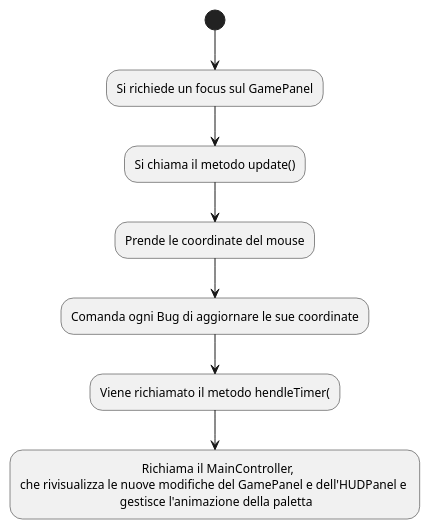
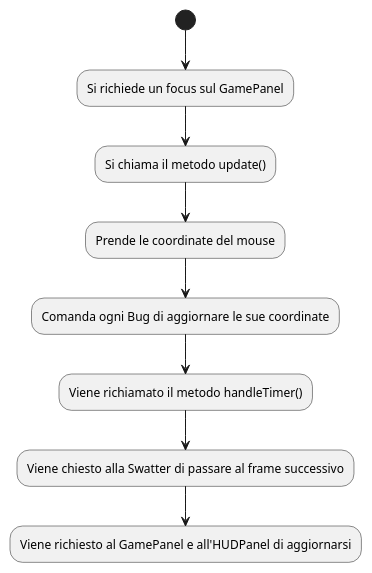
One commit to lcintini/JFlySwatter changed the diagram in out/production/JFlySwatter/controller/DoOneLoopActivity.puml. Above: the diagram before and after it, drawn with PlantUML. The commit also changed 10 other files, not shown here.

Commit message:
correzione ulteriore uml

```diff
--- a/out/production/JFlySwatter/controller/DoOneLoopActivity.puml
+++ b/out/production/JFlySwatter/controller/DoOneLoopActivity.puml
@@ -1,12 +1,13 @@
 @startuml
 'https://plantuml.com/activity-diagram-beta
 
 (*)  --> "Si richiede un focus sul GamePanel"
 --> "Si chiama il metodo update()"
 -->"Prende le coordinate del mouse"
 -->"Comanda ogni Bug di aggiornare le sue coordinate"
---> "Viene richiamato il metodo hendleTimer("
--->"                                       Richiama il MainController, \nche rivisualizza le nuove modifiche del GamePanel e dell'HUDPanel e \n                                gestisce l'animazione della paletta"
+-->"Viene richiamato il metodo handleTimer()"
+-->"Viene chiesto alla Swatter di passare al frame successivo"
+-->"Viene richiesto al GamePanel e all'HUDPanel di aggiornarsi"
 
 
 @enduml
```
